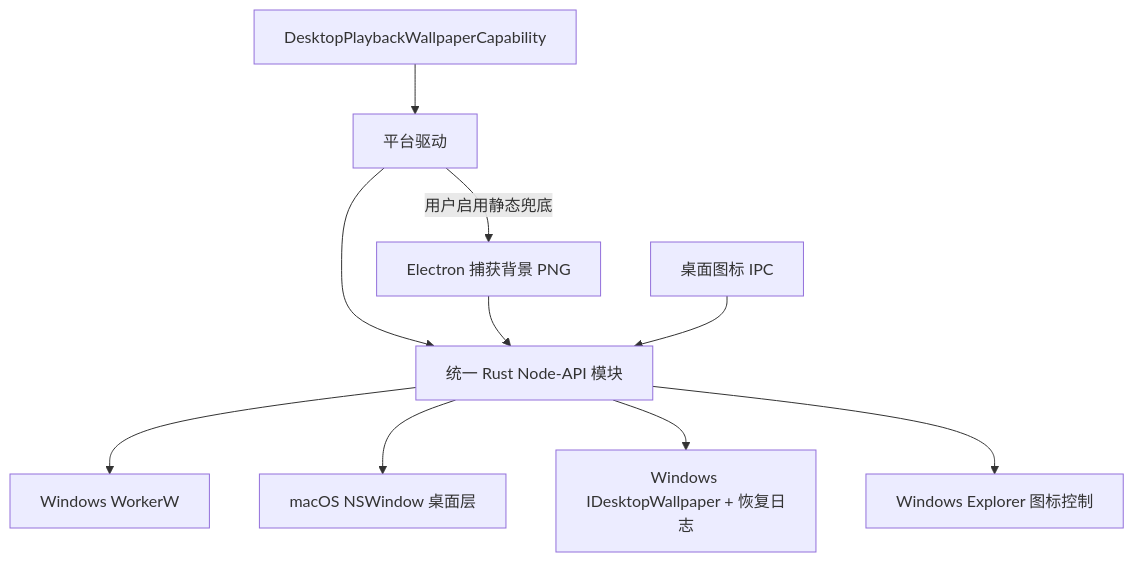
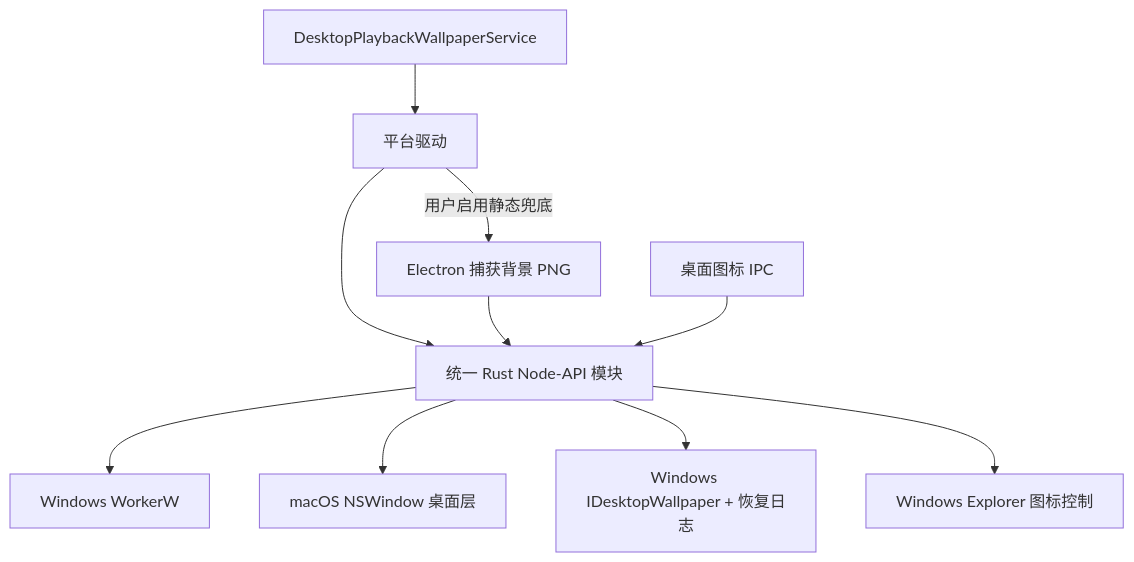
Before and after one commit to MT-SUPER-POWER/Scopify: the sixth of 6 diagrams in repo/frontend/apps/desktop/docs/playback-platform.md, drawn with Mermaid. The commit also changed other lines of this file and 145 other files, not shown here.

````diff
--- a/repo/frontend/apps/desktop/docs/playback-platform.md
+++ b/repo/frontend/apps/desktop/docs/playback-platform.md
@@ -281,12 +281,12 @@
 ```mermaid
 graph TD
-    Capability["DesktopPlaybackWallpaperCapability"] --> Driver["平台驱动"]
+    Capability["DesktopPlaybackWallpaperService"] --> Driver["平台驱动"]
     Driver --> Native["统一 Rust Node-API 模块"]
     Native --> Windows["Windows WorkerW"]
     Native --> Mac["macOS NSWindow 桌面层"]
     Driver -->|"用户启用静态兜底"| Capture["Electron 捕获背景 PNG"]
     Capture --> Native
     Native --> COM["Windows IDesktopWallpaper + 恢复日志"]
     Icons["桌面图标 IPC"] --> Native
     Native --> DefView["Windows Explorer 图标控制"]
 ```
````
